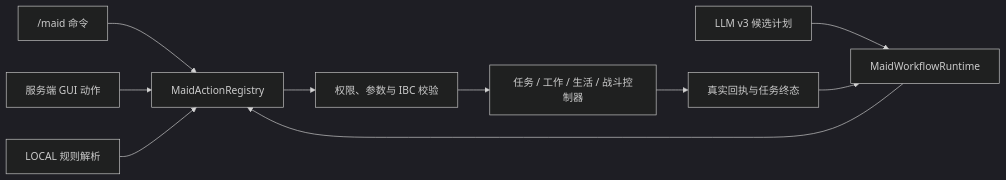
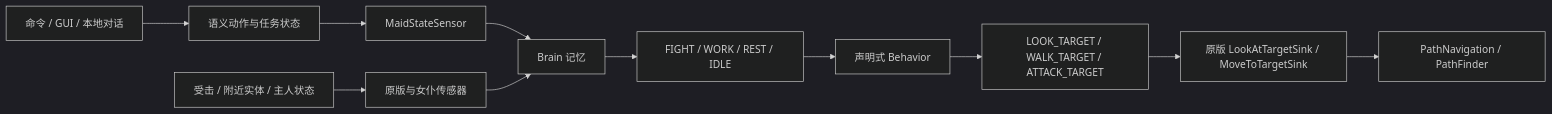
The diagram in README.md (ozozorz/ai-partner), drawn with Mermaid (dark theme) before and after one commit. The commit also changed other lines of this file and 324 other files, not shown here.

````diff
--- a/README.md
+++ b/README.md
@@ -24,12 +22,13 @@
 ```mermaid
 flowchart LR
-    Command["/maid 命令"] --> Registry["MaidActionRegistry"]
-    Menu["服务端 GUI 动作"] --> Registry
-    Local["LOCAL 规则解析"] --> Registry
-    LLM["LLM v3 候选计划"] --> Workflow["MaidWorkflowRuntime"]
-    Workflow --> Registry
-    Registry --> IBC["权限、参数与 IBC 校验"]
-    IBC --> Runtime["任务 / 工作 / 生活 / 战斗控制器"]
-    Runtime --> Evidence["真实回执与任务终态"]
-    Evidence --> Workflow
+    Entry["命令 / GUI / 本地对话"] --> Control["语义动作与任务状态"]
+    Control --> StateSensor["MaidStateSensor"]
+    World["受击 / 附近实体 / 主人状态"] --> ThreatSensor["原版与女仆传感器"]
+    StateSensor --> Memory["Brain 记忆"]
+    ThreatSensor --> Memory
+    Memory --> Activity["FIGHT / WORK / REST / IDLE"]
+    Activity --> Behavior["声明式 Behavior"]
+    Behavior --> Intent["LOOK_TARGET / WALK_TARGET / ATTACK_TARGET"]
+    Intent --> Sink["原版 LookAtTargetSink / MoveToTargetSink"]
+    Sink --> Navigation["PathNavigation / PathFinder"]
 ```
````
